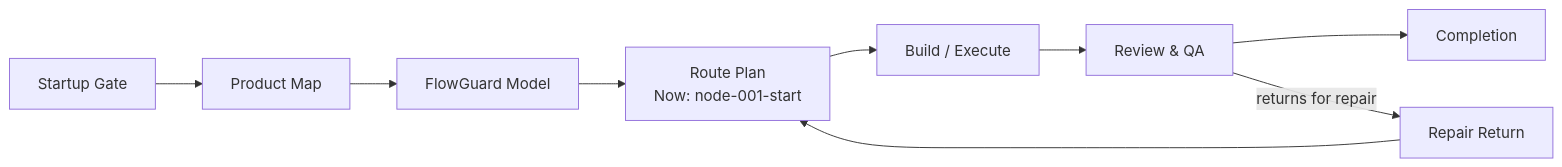
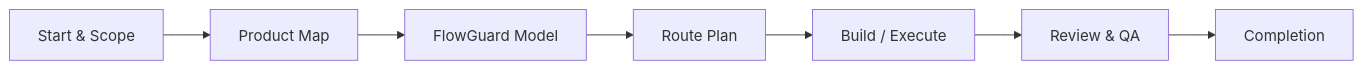
The diagram in templates/flowpilot/diagrams/user-flow-diagram.template.md (liuyingxuvka/FlowPilot), drawn with Mermaid before and after one commit. The commit also changed 8 other files, not shown here.

Commit message:
Fix FlowPilot route sign active highlight

````diff
--- a/templates/flowpilot/diagrams/user-flow-diagram.template.md
+++ b/templates/flowpilot/diagrams/user-flow-diagram.template.md
@@ -3,20 +3,17 @@
 ```mermaid
 flowchart LR
-  startup["Startup Gate"]
+  startup["Start & Scope"]
   product["Product Map"]
   modeling["FlowGuard Model"]
-  route["Route Plan<br/>Now: node-001-start"]
+  route["Route Plan"]
   execution["Build / Execute"]
   verification["Review & QA"]
   completion["Completion"]
-  repair["Repair Return"]
 
   startup --> product
   product --> modeling
   modeling --> route
   route --> execution
   execution --> verification
   verification --> completion
-  verification -- "returns for repair" --> repair
-  repair --> route
 ```
````
